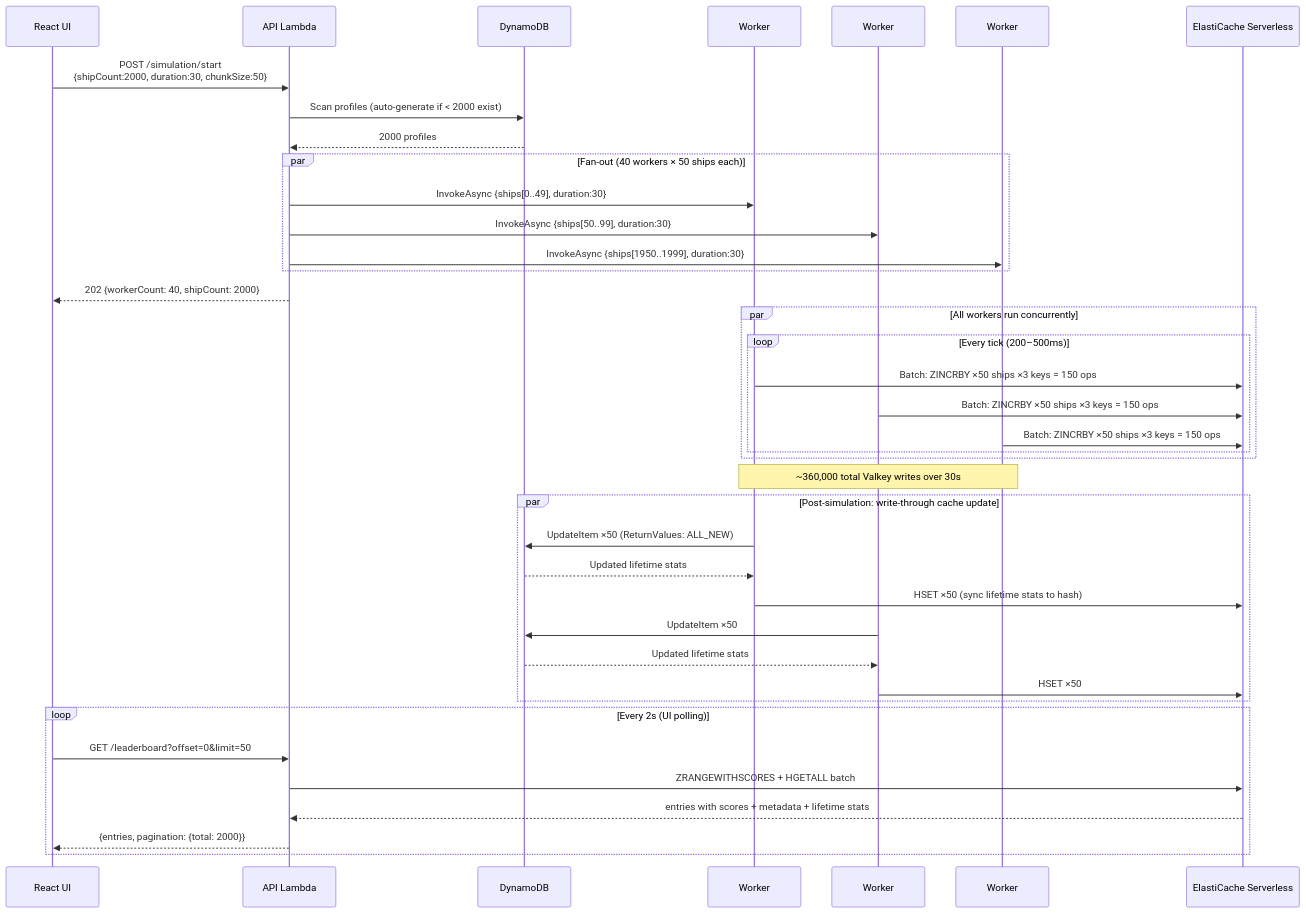
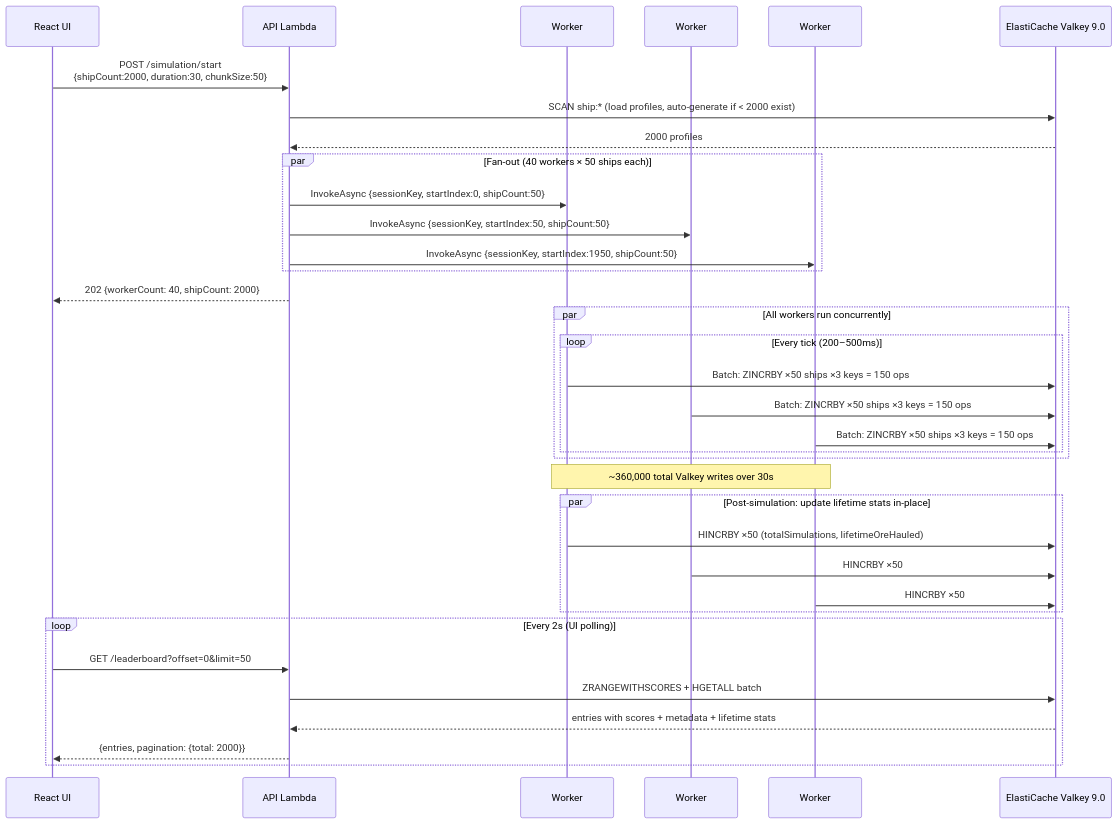
One commit to rickrams/galactic-mining-league changed the fourth of 5 diagrams in ARCHITECTURE.md. Above: the diagram before and after it, drawn with Mermaid. The commit also changed other lines of this file and 4 other files, not shown here.

First line of the commit message:
Replace DynamoDB with ElastiCache durability as sole data store

````diff
--- a/ARCHITECTURE.md
+++ b/ARCHITECTURE.md
@@ -124,48 +133,44 @@
 ```mermaid
 sequenceDiagram
     participant UI as React UI
     participant API as API Lambda
-    participant DDB as DynamoDB
     participant W1 as Worker #1
     participant W2 as Worker #2
     participant WN as Worker #N
-    participant V as ElastiCache Serverless
+    participant V as ElastiCache Valkey 9.0
 
     UI->>API: POST /simulation/start<br/>{shipCount:2000, duration:30, chunkSize:50}
-    API->>DDB: Scan profiles (auto-generate if < 2000 exist)
-    DDB-->>API: 2000 profiles
+    API->>V: SCAN ship:* (load profiles, auto-generate if < 2000 exist)
+    V-->>API: 2000 profiles
 
     par Fan-out (40 workers × 50 ships each)
-        API->>W1: InvokeAsync {ships[0..49], duration:30}
-        API->>W2: InvokeAsync {ships[50..99], duration:30}
-        API->>WN: InvokeAsync {ships[1950..1999], duration:30}
+        API->>W1: InvokeAsync {sessionKey, startIndex:0, shipCount:50}
+        API->>W2: InvokeAsync {sessionKey, startIndex:50, shipCount:50}
+        API->>WN: InvokeAsync {sessionKey, startIndex:1950, shipCount:50}
     end
 
     API-->>UI: 202 {workerCount: 40, shipCount: 2000}
 
     par All workers run concurrently
         loop Every tick (200–500ms)
             W1->>V: Batch: ZINCRBY ×50 ships ×3 keys = 150 ops
             W2->>V: Batch: ZINCRBY ×50 ships ×3 keys = 150 ops
             WN->>V: Batch: ZINCRBY ×50 ships ×3 keys = 150 ops
         end
     end
 
     Note over W1,WN: ~360,000 total Valkey writes over 30s
 
-    par Post-simulation: write-through cache update
-        W1->>DDB: UpdateItem ×50 (ReturnValues: ALL_NEW)
-        DDB-->>W1: Updated lifetime stats
-        W1->>V: HSET ×50 (sync lifetime stats to hash)
-        W2->>DDB: UpdateItem ×50
-        DDB-->>W2: Updated lifetime stats
-        W2->>V: HSET ×50
+    par Post-simulation: update lifetime stats in-place
+        W1->>V: HINCRBY ×50 (totalSimulations, lifetimeOreHauled)
+        W2->>V: HINCRBY ×50
+        WN->>V: HINCRBY ×50
     end
 
     loop Every 2s (UI polling)
         UI->>API: GET /leaderboard?offset=0&limit=50
         API->>V: ZRANGEWITHSCORES + HGETALL batch
         V-->>API: entries with scores + metadata + lifetime stats
         API-->>UI: {entries, pagination: {total: 2000}}
     end
 ```
````
